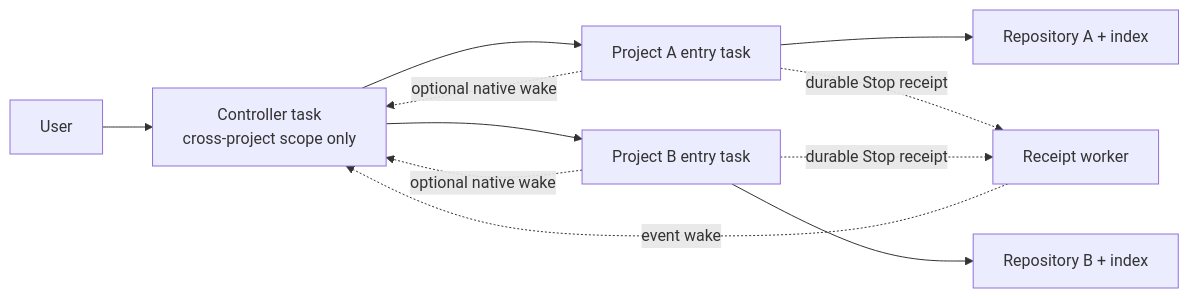
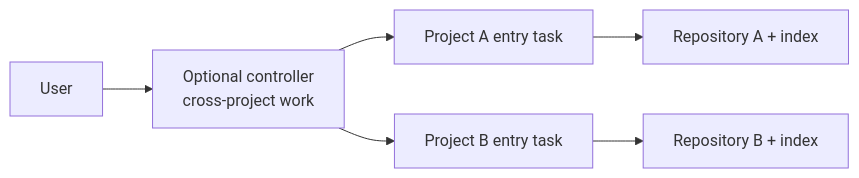
One commit to libaie/onboard-code-projects changed the diagram in README.md. Above: the diagram before and after it, drawn with Mermaid. The commit also changed other lines of this file and 3 other files, not shown here.

````diff
--- a/README.md
+++ b/README.md
@@ -43,13 +33,8 @@
 ```mermaid
 flowchart LR
-    U["User"] --> C["Controller task<br/>cross-project scope only"]
+    U["User"] --> C["Optional controller<br/>cross-project work"]
     C --> A["Project A entry task"]
     C --> B["Project B entry task"]
     A --> RA["Repository A + index"]
     B --> RB["Repository B + index"]
-    A -. "optional native wake" .-> C
-    B -. "optional native wake" .-> C
-    A -. "durable Stop receipt" .-> W["Receipt worker"]
-    B -. "durable Stop receipt" .-> W
-    W -. "event wake" .-> C
 ```
````
